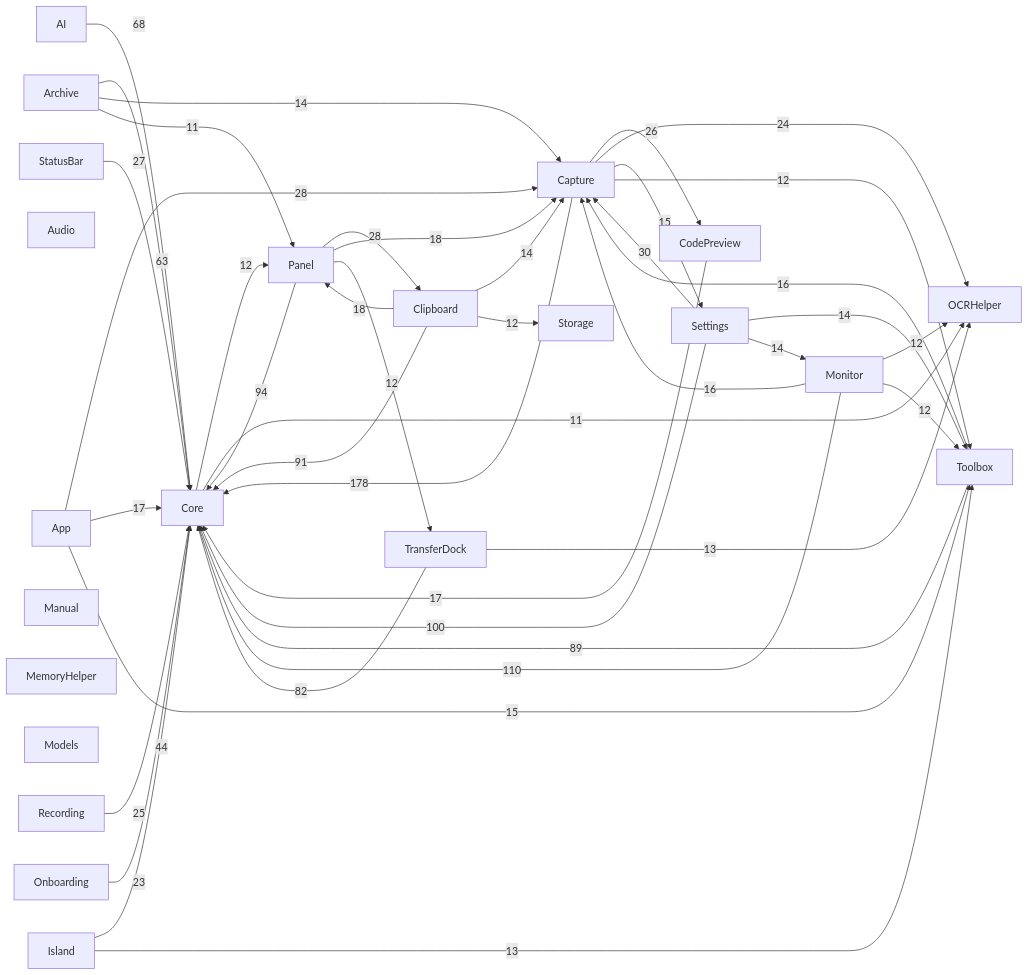
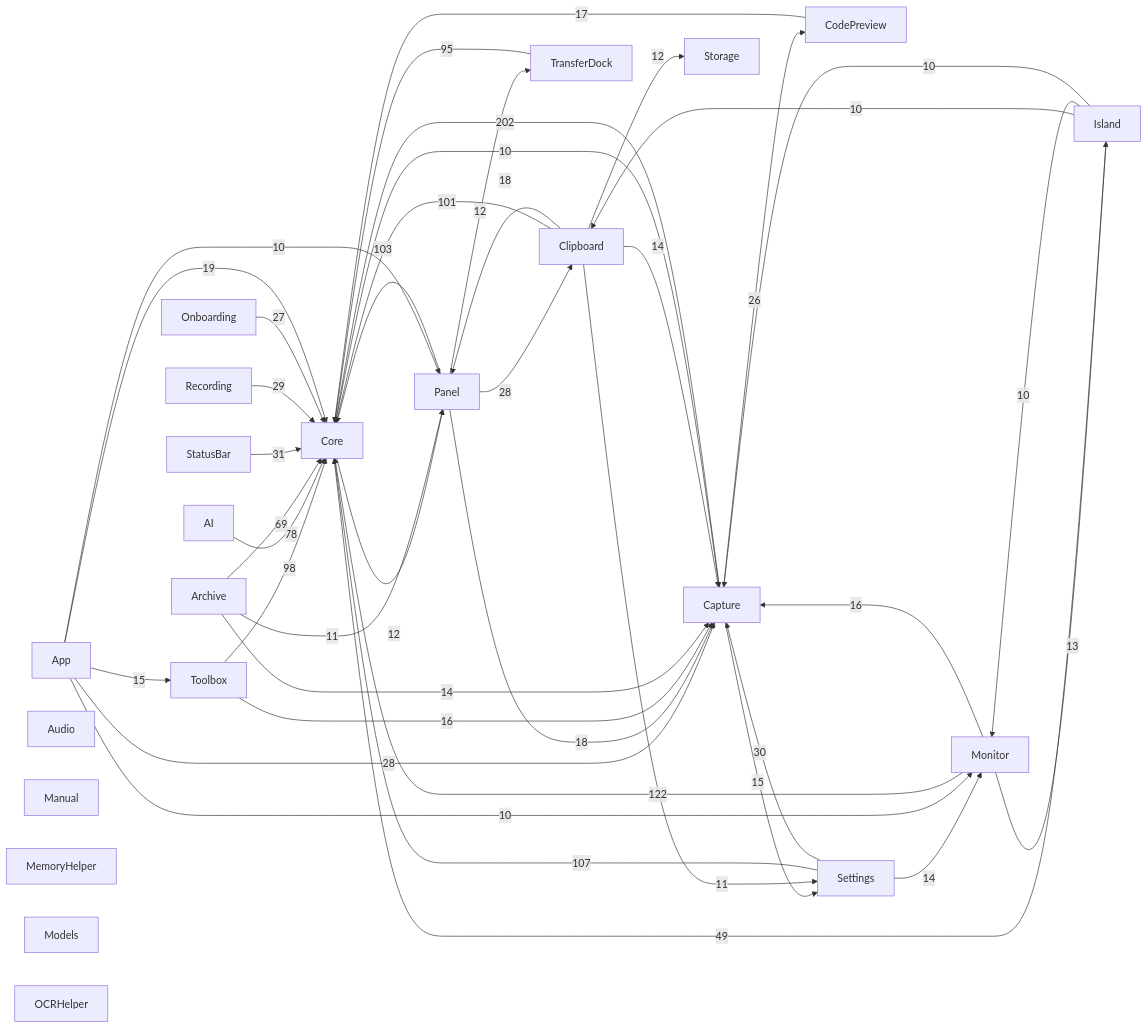
Before and after one commit to sxyq/Kitnest: the diagram in docs/00-总览/模块依赖图.md, drawn with Mermaid. The commit also changed other lines of this file and 12 other files, not shown here.

````diff
--- a/docs/00-总览/模块依赖图.md
+++ b/docs/00-总览/模块依赖图.md
@@ -36,65 +36,65 @@
 ```mermaid
 flowchart LR
   M0["AI"]
   M1["App"]
   M2["Archive"]
   M3["Audio"]
   M4["Capture"]
   M5["Clipboard"]
   M6["CodePreview"]
   M7["Core"]
   M8["Island"]
   M9["Manual"]
   M10["MemoryHelper"]
   M11["Models"]
   M12["Monitor"]
   M13["OCRHelper"]
   M14["Onboarding"]
   M15["Panel"]
   M16["Recording"]
   M17["Settings"]
   M18["StatusBar"]
   M19["Storage"]
   M20["Toolbox"]
   M21["TransferDock"]
-  M4 -->|178| M7
-  M12 -->|110| M7
-  M17 -->|100| M7
-  M15 -->|94| M7
-  M5 -->|91| M7
-  M20 -->|89| M7
-  M21 -->|82| M7
-  M0 -->|68| M7
-  M2 -->|63| M7
-  M8 -->|44| M7
+  M4 -->|202| M7
+  M12 -->|122| M7
+  M17 -->|107| M7
+  M15 -->|103| M7
+  M5 -->|101| M7
+  M20 -->|98| M7
+  M21 -->|95| M7
+  M0 -->|78| M7
+  M2 -->|69| M7
+  M8 -->|49| M7
+  M18 -->|31| M7
   M17 -->|30| M4
+  M16 -->|29| M7
   M1 -->|28| M4
   M15 -->|28| M5
-  M18 -->|27| M7
+  M14 -->|27| M7
   M4 -->|26| M6
-  M16 -->|25| M7
-  M4 -->|24| M13
-  M14 -->|23| M7
+  M1 -->|19| M7
+  M5 -->|18| M15
   M15 -->|18| M4
-  M5 -->|18| M15
-  M1 -->|17| M7
   M6 -->|17| M7
   M12 -->|16| M4
   M20 -->|16| M4
   M1 -->|15| M20
   M4 -->|15| M17
-  M17 -->|14| M20
-  M17 -->|14| M12
   M2 -->|14| M4
   M5 -->|14| M4
-  M8 -->|13| M20
-  M21 -->|13| M13
+  M17 -->|14| M12
+  M12 -->|13| M8
   M7 -->|12| M15
-  M4 -->|12| M20
-  M12 -->|12| M13
-  M12 -->|12| M20
+  M5 -->|12| M19
   M15 -->|12| M21
-  M5 -->|12| M19
-  M7 -->|11| M13
   M2 -->|11| M15
+  M5 -->|11| M17
+  M1 -->|10| M15
+  M1 -->|10| M12
+  M7 -->|10| M4
+  M8 -->|10| M5
+  M8 -->|10| M12
+  M8 -->|10| M4
 ```
````
